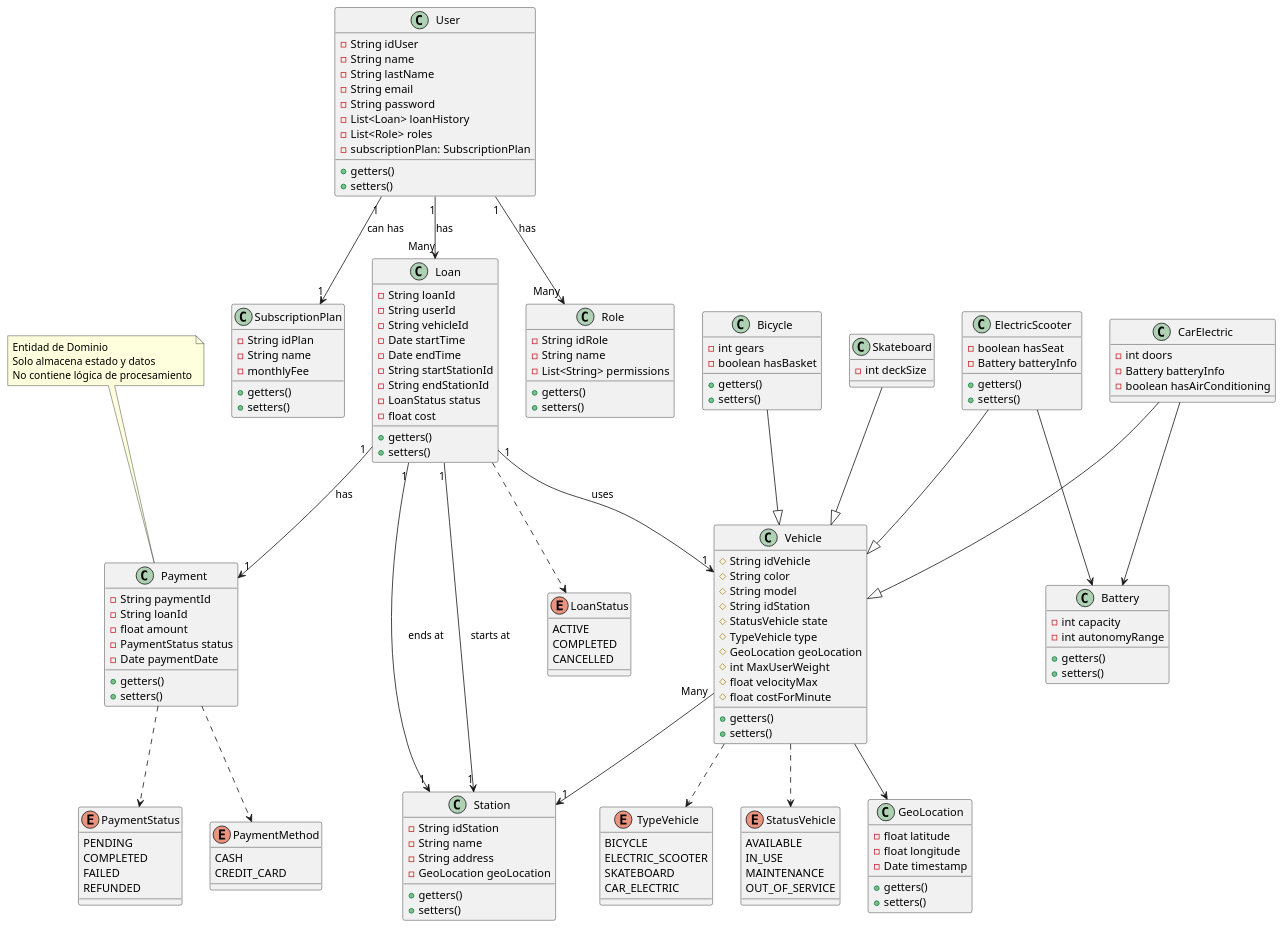
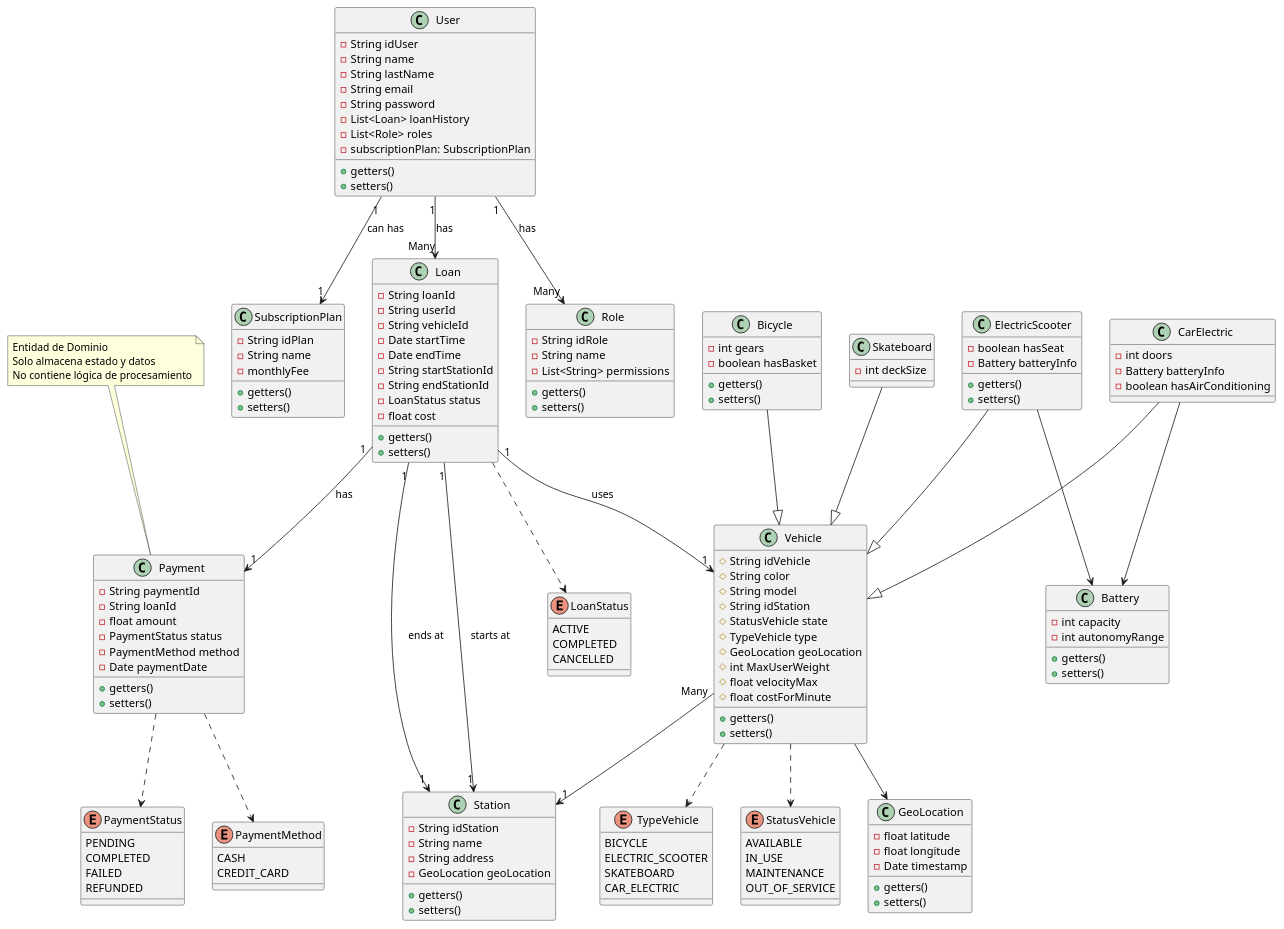
The diagram in Backend/src/presentation/views/uml.wsd (david123456858/Practice-patterns), drawn with PlantUML before and after one commit. The commit also changed 17 other files, not shown here.

```diff
--- a/Backend/src/presentation/views/uml.wsd
+++ b/Backend/src/presentation/views/uml.wsd
@@ -163,6 +163,7 @@
     - String loanId
     - float amount
     - PaymentStatus status
+    - PaymentMethod method
     - Date paymentDate
     + getters()
     + setters()
@@ -183,7 +184,7 @@
 
 
 ' class PaymentProcessorFactory{
-'     - Map<String, IPaymentProcessor>
+'     - Map<String, IPaymentProcessor> methods
 '     + createPayMethod(method: PaymentMethod): IPaymentProcessor
 ' }
 
```
